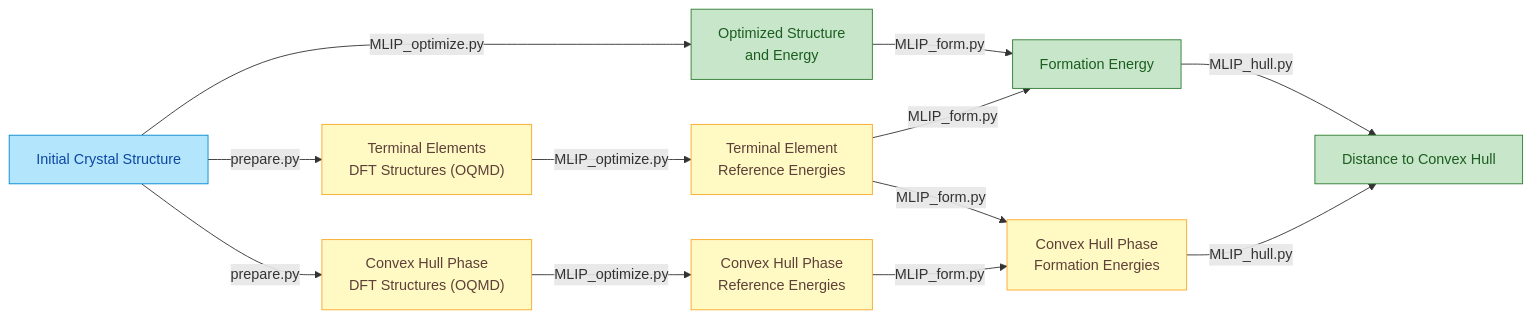
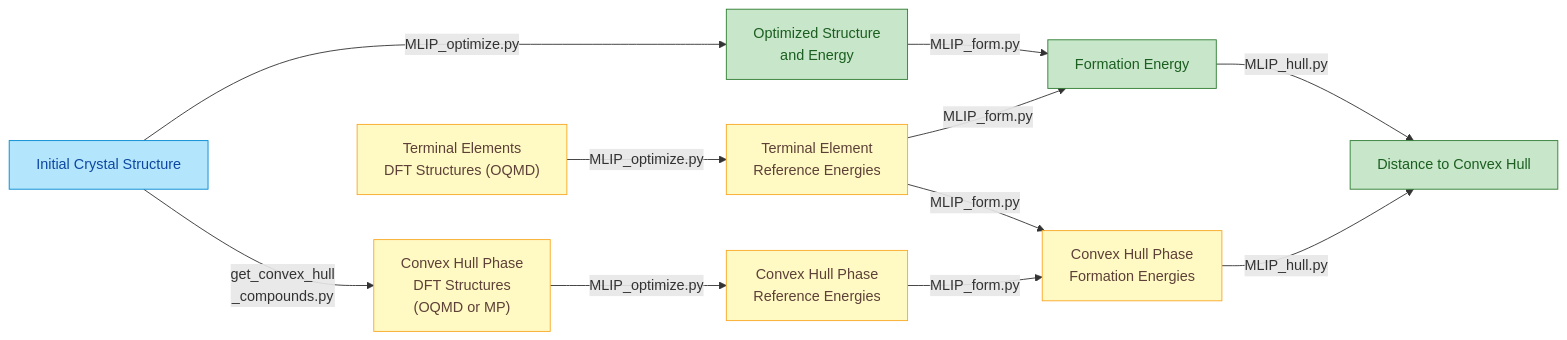
Before and after one commit to nims-spin-theory/MLIP_HOT: the diagram in README.md, drawn with Mermaid. The commit also changed other lines of this file, not shown here.

````diff
--- a/README.md
+++ b/README.md
@@ -51,41 +54,40 @@
 ```mermaid
 flowchart LR
   %% Inputs
   A[Initial Crystal Structure]
   D["Terminal Elements<br>DFT Structures (OQMD)"]
-  E["Convex Hull Phase<br>DFT Structures (OQMD)"]
+  E["Convex Hull Phase<br>DFT Structures<br>(OQMD or MP)"]
 
   %% Computed outputs
   B1["Optimized Structure<br>and Energy"]
   B2["Terminal Element<br>Reference Energies"]
   B3["Convex Hull Phase<br>Reference Energies"]
   C["Formation Energy"]
   F["Convex Hull Phase<br>Formation Energies"]
   J["Distance to Convex Hull "]
 
   %% Workflow connections
-  A -- prepare.py --> D
-  A -- prepare.py --> E
+  A -- get_convex_hull<br>_compounds.py --> E
   A -- MLIP_optimize.py --> B1
   D -- MLIP_optimize.py --> B2
   E -- MLIP_optimize.py --> B3
 
   B1 -- MLIP_form.py --> C
   B2 -- MLIP_form.py --> C
 
   B2 -- MLIP_form.py --> F
   B3 -- MLIP_form.py --> F
 
   C -- MLIP_hull.py --> J
   F -- MLIP_hull.py --> J
 
   %% Node styles
   classDef input fill:#b3e5fc,stroke:#0288d1,color:#0d47a1,stroke-width:1px;
   classDef data fill:#fff9c4,stroke:#f9a825,color:#5d4037,stroke-width:1px;
   classDef output fill:#c8e6c9,stroke:#2e7d32,color:#1b5e20,stroke-width:1px;
 
   class A input
   class D,E,B2,B3,F data
   class B1,C,J output
 
 ```
````
